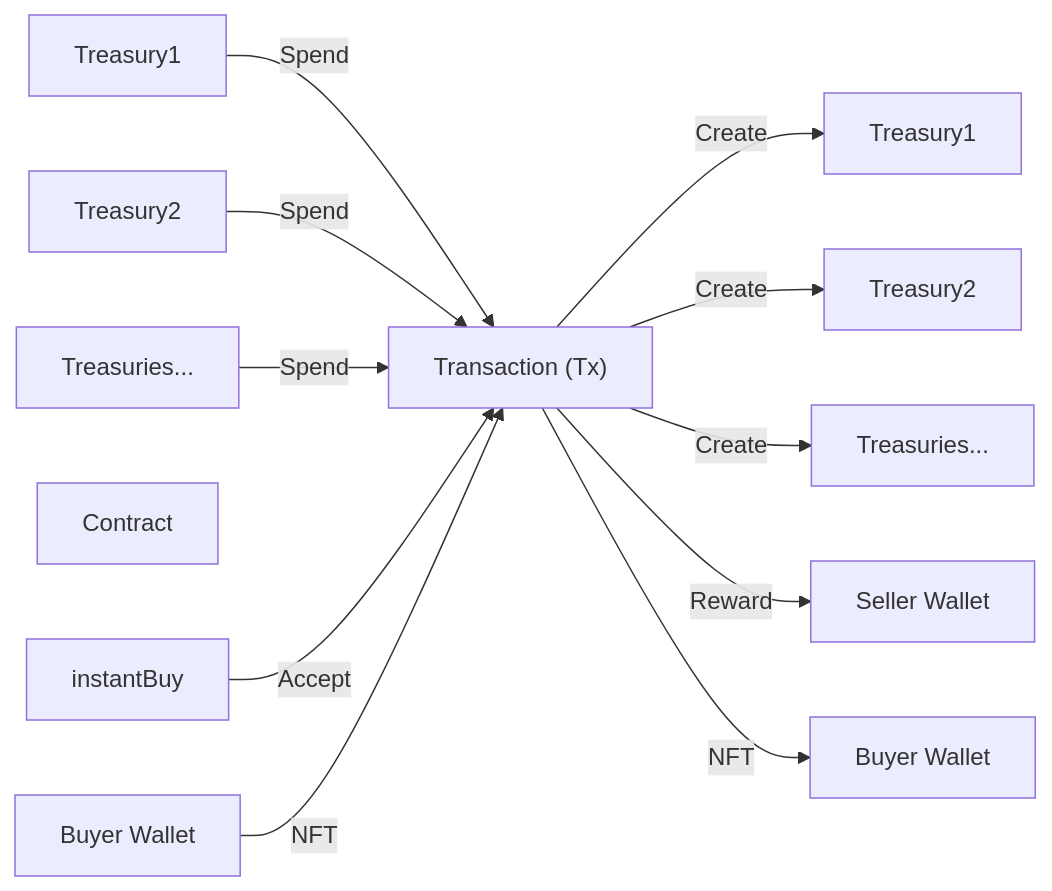
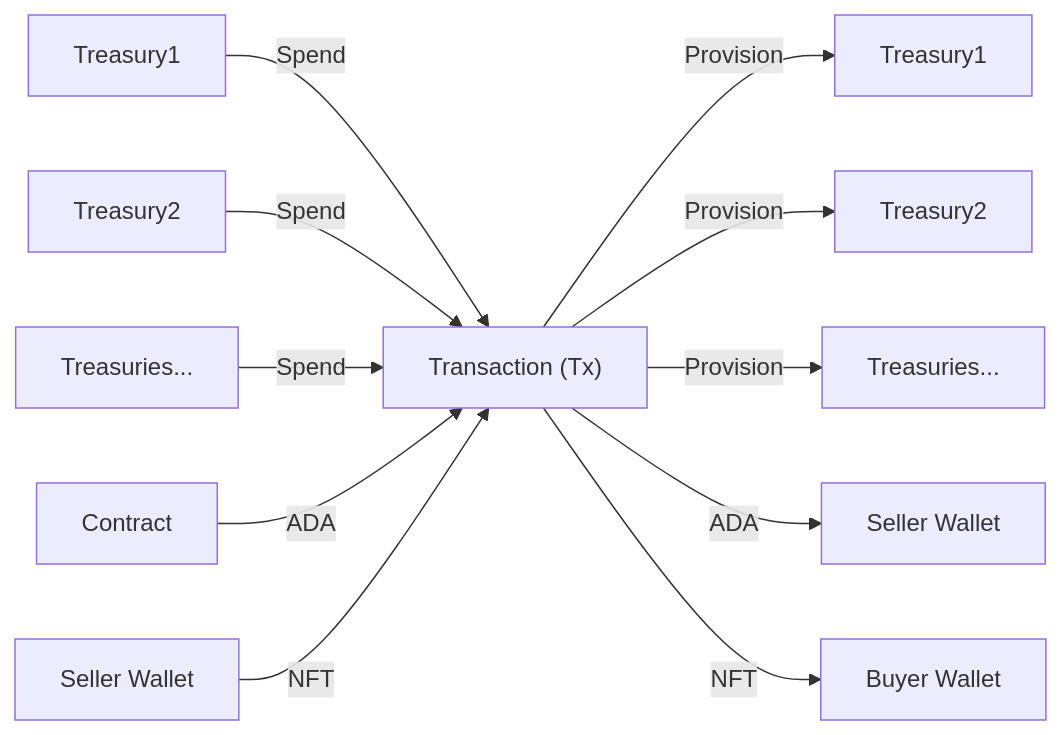
Before and after one commit to JamOnBread/contract: the third of 3 diagrams in README.md, drawn with Mermaid. The commit also changed other lines of this file, not shown here.

````diff
--- a/README.md
+++ b/README.md
@@ -175,24 +175,24 @@
 ```mermaid
 flowchart LR
    treasuryIn1[Treasury1]
    treasuryIn2[Treasury2]
    treasuryIn3[Treasuries...]
    offer[Contract]
-   sellerIn[Buyer Wallet]
+   sellerIn[Seller Wallet]
 
    treasuryIn1 & treasuryIn2 & treasuryIn3 -->|Spend| tx
-   instantBuy --> |Accept| tx
+   offer --> |ADA| tx
    sellerIn --> |NFT| tx
 
    tx["Transaction (Tx)"]
 
-   tx --> |Create| treasuryOut1 & treasuryOut2 & treasuryOut3
-   tx --> |Reward| sellerOut
+   tx --> |Provision| treasuryOut1 & treasuryOut2 & treasuryOut3
+   tx --> |ADA| sellerOut
    tx --> |NFT| buyerOut
 
    treasuryOut1[Treasury1]
    treasuryOut2[Treasury2]
    treasuryOut3[Treasuries...]
    buyerOut[Buyer Wallet]
    sellerOut[Seller Wallet]
 ```
````
